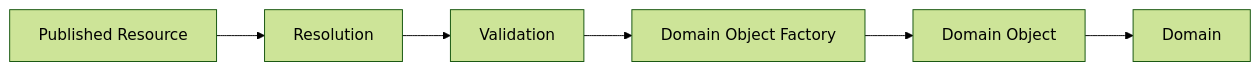
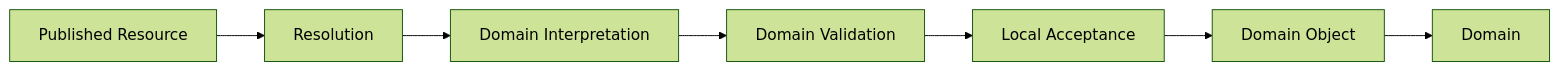
One commit to kjvonly/kjvonly.bible changed the fifth of 5 diagrams in docs/01_application-architecture/001-application-overview.md. Above: the diagram before and after it, drawn with Mermaid (forest theme). The commit also changed other lines of this file and 456 other files, not shown here.

````diff
--- a/docs/01_application-architecture/001-application-overview.md
+++ b/docs/01_application-architecture/001-application-overview.md
@@ -584,25 +588,29 @@
 ```mermaid
 flowchart LR
 
     Resource["Published Resource"]
 
     Resolution["Resolution"]
 
-    Validation["Validation"]
+    Interpretation["Domain Interpretation"]
 
-    Factory["Domain Object Factory"]
+    Validation["Domain Validation"]
+
+    Acceptance["Local Acceptance"]
 
     Object["Domain Object"]
 
     Domain["Domain"]
 
     Resource --> Resolution
 
-    Resolution --> Validation
+    Resolution --> Interpretation
 
-    Validation --> Factory
+    Interpretation --> Validation
 
-    Factory --> Object
+    Validation --> Acceptance
+
+    Acceptance --> Object
 
     Object --> Domain
 ```
````
